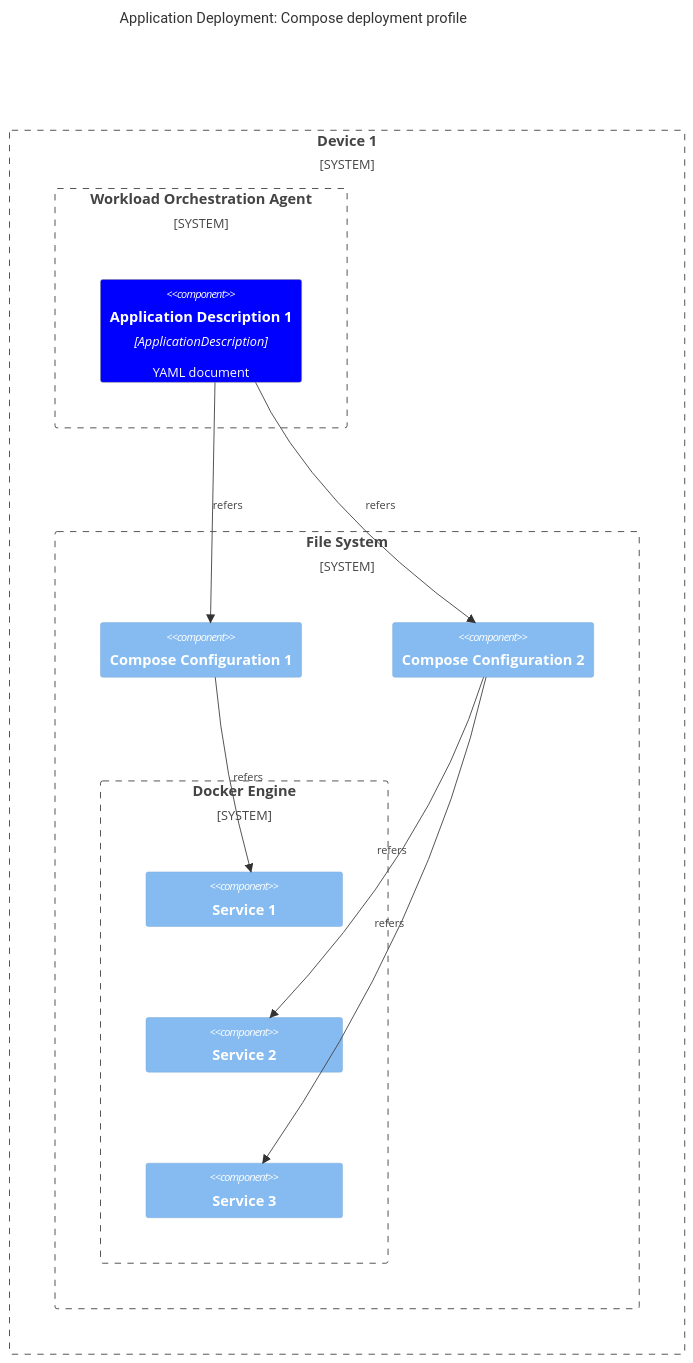
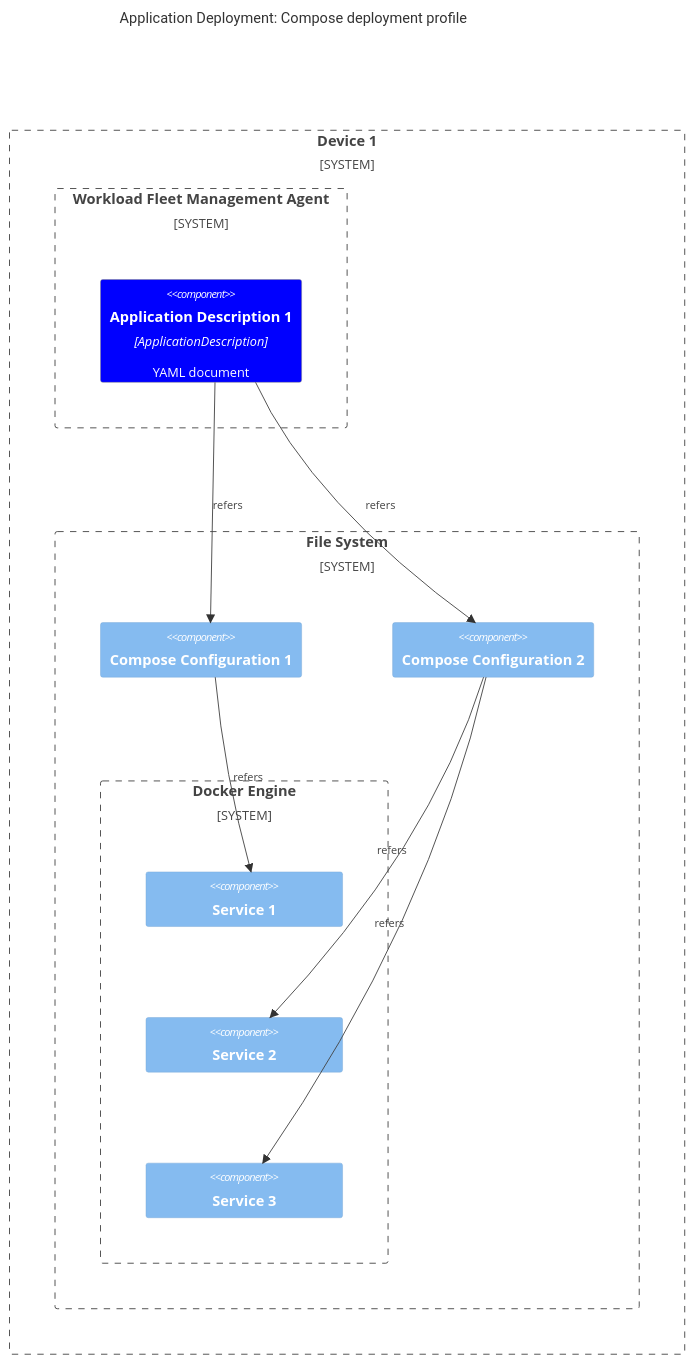
Before and after one commit to margo/specification: the tenth of 10 diagrams in system-design/margo-overview/software-composition.md, drawn with Mermaid. The commit also changed other lines of this file, not shown here.

Commit message:
fix: rename "workload orchestration" to "workload fleet"

````diff
--- a/system-design/margo-overview/software-composition.md
+++ b/system-design/margo-overview/software-composition.md
@@ -411,30 +411,30 @@
 ```mermaid
 C4Component
     title Application Deployment: Compose deployment profile
 
     UpdateLayoutConfig($c4BoundaryInRow="3", $c4ShapeInRow="1")
 
     System_Boundary(dev1, "Device 1") {
-        System_Boundary(woa1, "Workload Orchestration Agent") {
+        System_Boundary(woa1, "Workload Fleet Management Agent") {
             Component(atb1, "Application Description 1", "ApplicationDescription", "YAML document")
         }
 
         System_Boundary(fs1, "File System") {
             Component(cc1, "Compose Configuration 1")
             Component(cc2, "Compose Configuration 2")
             System_Boundary(doc1, "Docker Engine") {
                 Component(srv1, "Service 1")
                 Component(srv2, "Service 2")
                 Component(srv3, "Service 3")
             }
         }
     }
 
     Rel(atb1, cc1, "refers")
     Rel(atb1, cc2, "refers")
     Rel(cc1, srv1, "refers")
     Rel(cc2, srv2, "refers")
     Rel(cc2, srv3, "refers")
 
     UpdateElementStyle(atb1, $fontColor="white", $bgColor="blue", $borderColor="grey")
 ```
````
